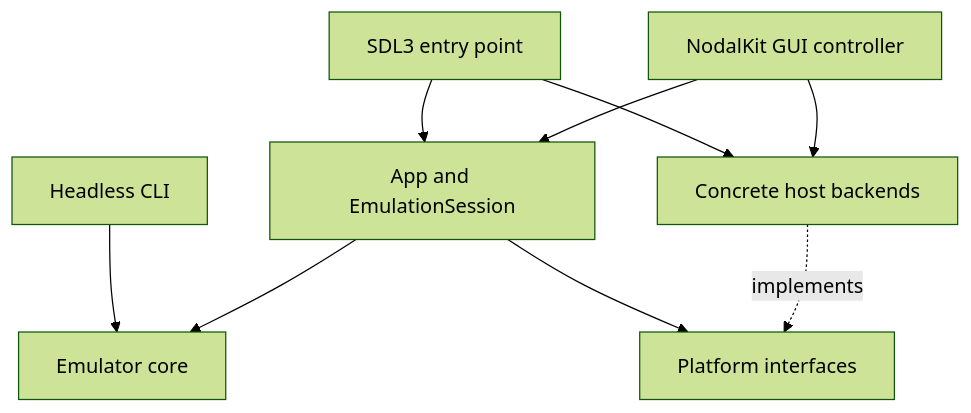
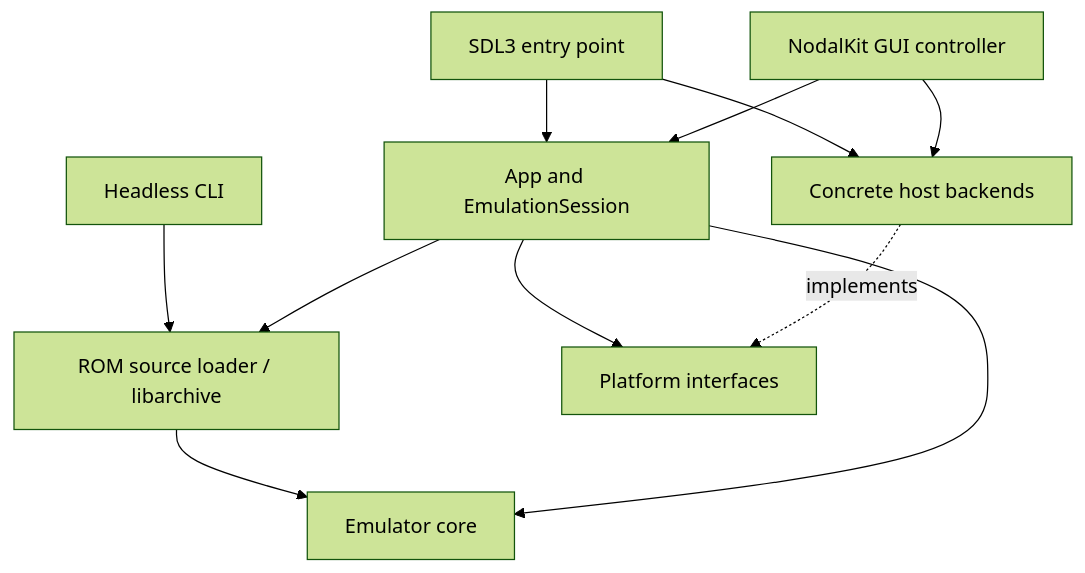
One commit to kidoz/mapperbus changed the diagram in docs/explanation/architecture.md. Above: the diagram before and after it, drawn with Mermaid (forest theme). The commit also changed other lines of this file and 8 other files, not shown here.

````diff
--- a/docs/explanation/architecture.md
+++ b/docs/explanation/architecture.md
@@ -19,11 +19,13 @@
 ```mermaid
 flowchart TD
     SDL[SDL3 entry point] --> App[App and EmulationSession]
     GUI[NodalKit GUI controller] --> App
-    CLI[Headless CLI] --> Core[Emulator core]
+    CLI[Headless CLI] --> Loader[ROM source loader / libarchive]
+    App --> Loader
+    Loader --> Core[Emulator core]
     App --> Core
     App --> Interfaces[Platform interfaces]
     SDL --> Backends[Concrete host backends]
     GUI --> Backends
     Backends -. implements .-> Interfaces
 ```
````
